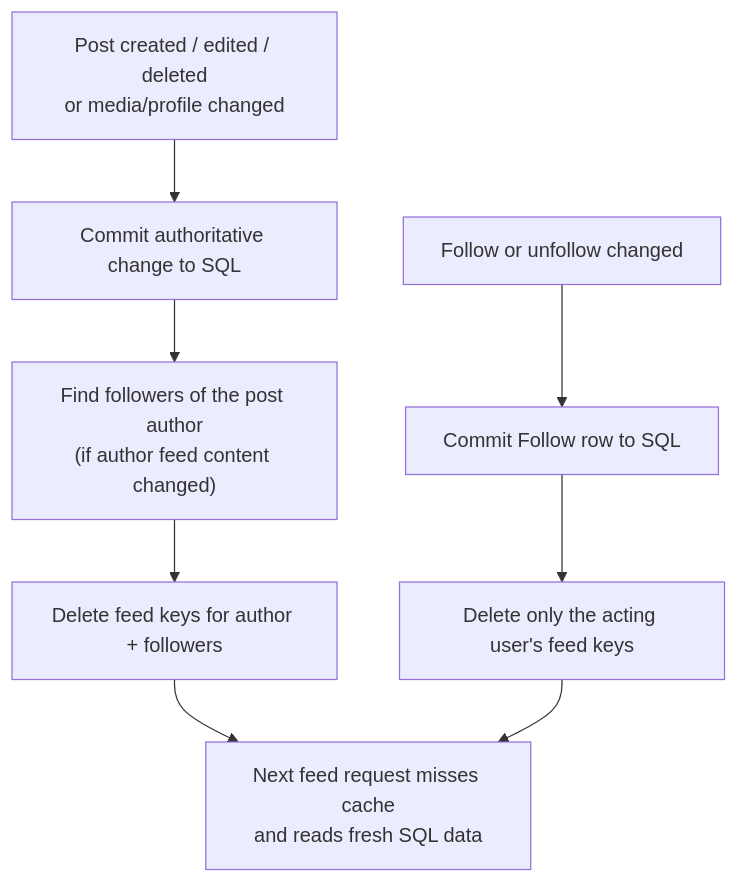
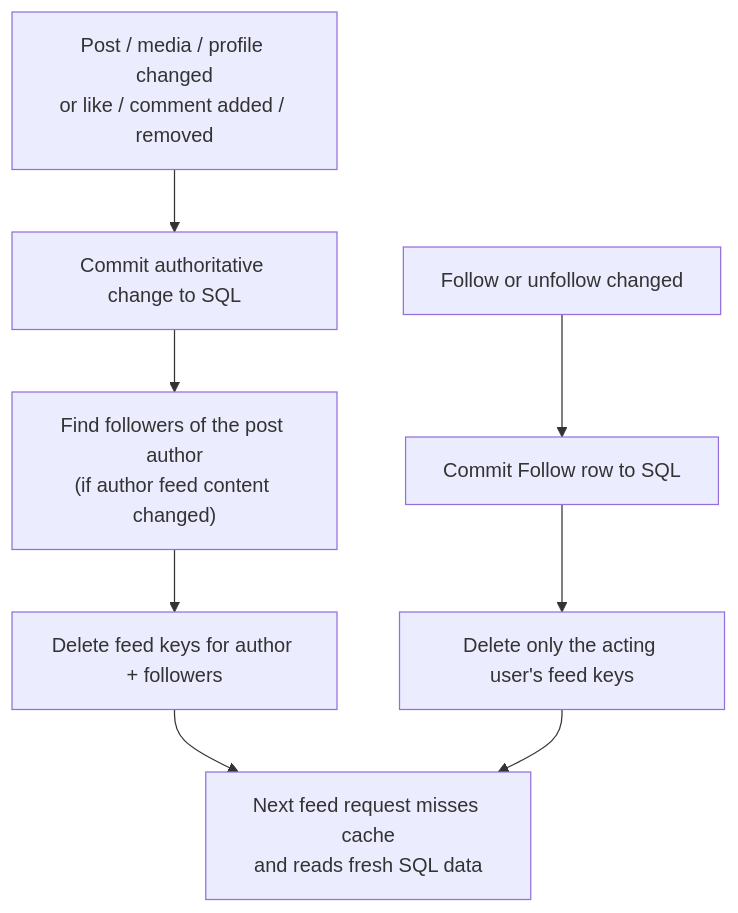
One commit to shiva6666/socialmediaapp changed the third of 4 diagrams in docs/redis-backend-learning-guide.md. Above: the diagram before and after it, drawn with Mermaid. The commit also changed other lines of this file and 8 other files, not shown here.

````diff
--- a/docs/redis-backend-learning-guide.md
+++ b/docs/redis-backend-learning-guide.md
@@ -115,11 +116,11 @@
 ```mermaid
 flowchart TD
-    Change["Post created / edited / deleted\nor media/profile changed"] --> Commit["Commit authoritative change to SQL"]
+    Change["Post / media / profile changed\nor like / comment added / removed"] --> Commit["Commit authoritative change to SQL"]
     Commit --> Followers["Find followers of the post author\n(if author feed content changed)"]
     Followers --> Keys["Delete feed keys for author + followers"]
     Keys --> Next["Next feed request misses cache\nand reads fresh SQL data"]
 
     Follow["Follow or unfollow changed"] --> FollowCommit["Commit Follow row to SQL"]
     FollowCommit --> OwnFeed["Delete only the acting user's feed keys"]
     OwnFeed --> Next
 ```
````
